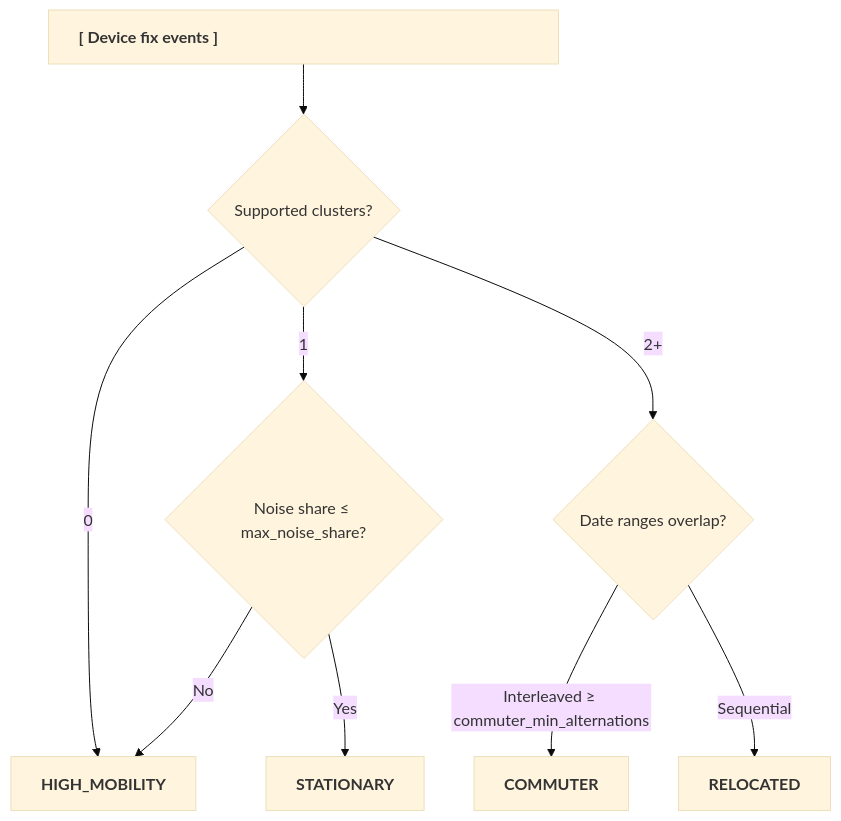
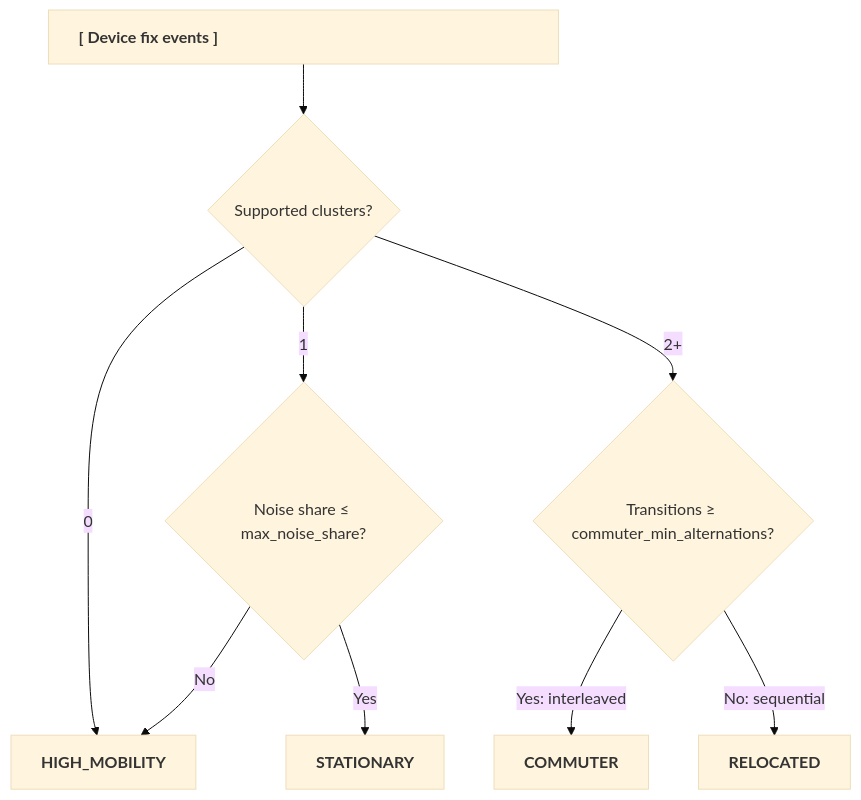
Before and after one commit to unicef/gigameter-research: the third of 5 diagrams in docs/blueprint/technical_blueprint.md, drawn with Mermaid (base theme). The commit also changed other lines of this file and 4 other files, not shown here.

````diff
--- a/docs/blueprint/technical_blueprint.md
+++ b/docs/blueprint/technical_blueprint.md
@@ -106,21 +108,21 @@
 ```mermaid
 graph TD
     IN["<div style='min-width: 450px; text-align: left;'><b>[ Device fix events ]</b></div>"]
     K{"Supported clusters?"}
     N{"Noise share &le; max_noise_share?"}
-    SEQ{"Date ranges overlap?"}
+    SEQ{"Transitions &ge; commuter_min_alternations?"}
 
     O1["<b>STATIONARY</b>"]
     O2["<b>COMMUTER</b>"]
     O3["<b>RELOCATED</b>"]
     O4["<b>HIGH_MOBILITY</b>"]
 
     IN --> K
     K -->|0| O4
     K -->|1| N
     N -->|Yes| O1
     N -->|No| O4
     K -->|2+| SEQ
-    SEQ -->|Interleaved &ge; commuter_min_alternations| O2
-    SEQ -->|Sequential| O3
+    SEQ -->|Yes: interleaved| O2
+    SEQ -->|No: sequential| O3
 ```
````
